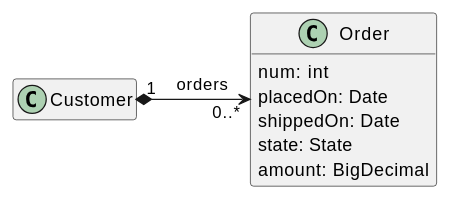
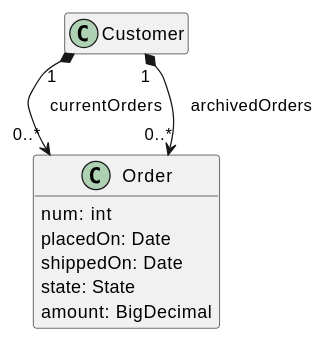
One commit to apache/causeway changed the diagram in antora/components/userguide/modules/ROOT/partials/ui-layout-and-hints/table-columns.adoc. Above: the diagram before and after it, drawn with PlantUML. The commit also changed other lines of this file, not shown here.

```diff
--- a/antora/components/userguide/modules/ROOT/partials/ui-layout-and-hints/table-columns.adoc
+++ b/antora/components/userguide/modules/ROOT/partials/ui-layout-and-hints/table-columns.adoc
@@ -15,14 +31,15 @@
 [plantuml]
 ....
 hide empty members
 
-Customer "1" *-r-> "0..*" Order : "    orders"
+Customer "1" *-d-> "0..*" Order : "    currentOrders"
+Customer "1" *-d-> "0..*" Order : "    archivedOrders"
 
 class Order {
     num: int
     placedOn: Date
     shippedOn: Date
     state: State
     amount: BigDecimal
 }
 ....
```
